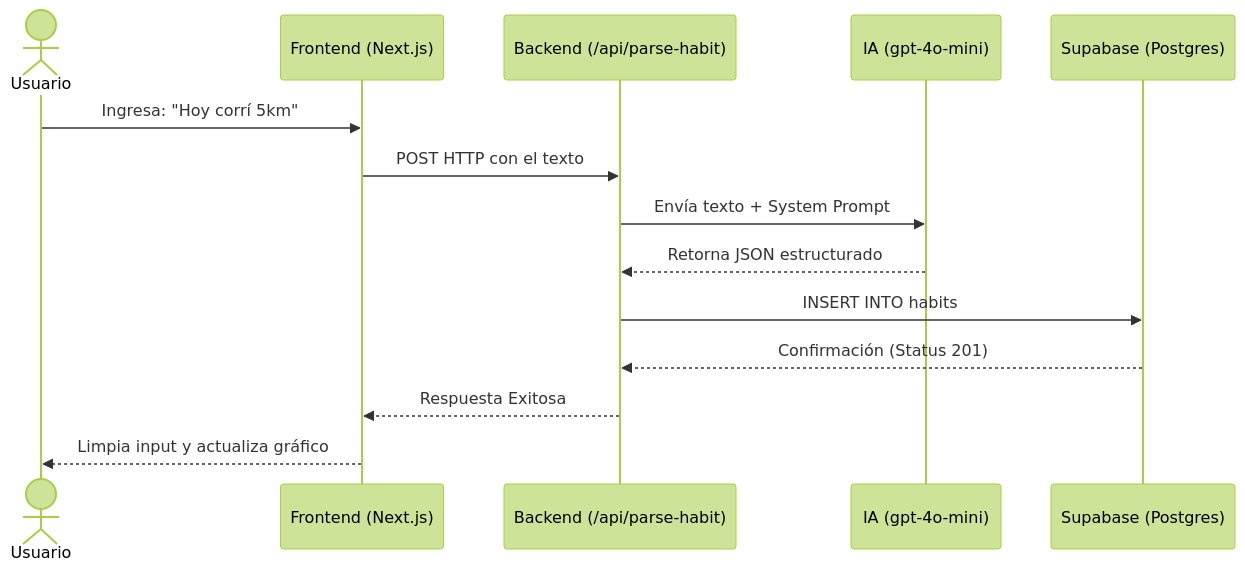
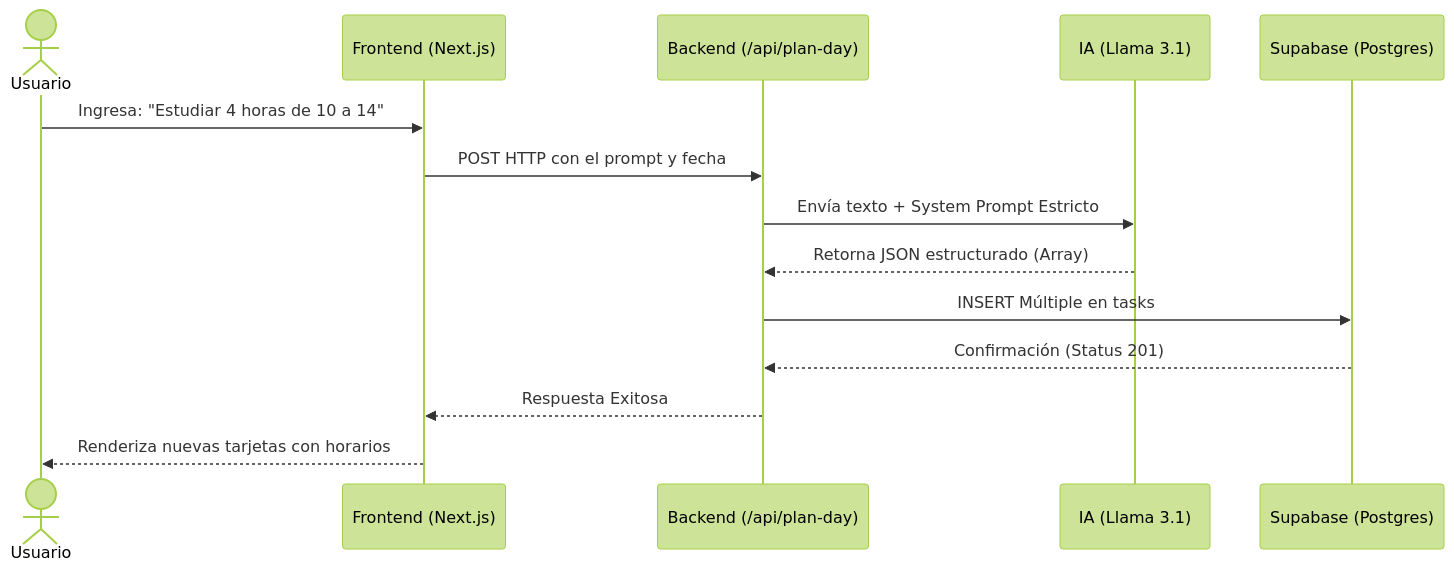
Before and after one commit to lukacha3/smart-habit-tracker: the first of 2 diagrams in README.md, drawn with Mermaid (forest theme). The commit also changed other lines of this file and 20 other files, not shown here.

````diff
--- a/README.md
+++ b/README.md
@@ -20,17 +43,17 @@
 ```mermaid
 sequenceDiagram
     actor Usuario
     participant UI as Frontend (Next.js)
-    participant API as Backend (/api/parse-habit)
-    participant OpenAI as IA (gpt-4o-mini)
+    participant API as Backend (/api/plan-day)
+    participant Groq as IA (Llama 3.1)
     participant BD as Supabase (Postgres)
 
-    Usuario->>UI: Ingresa: "Hoy corrí 5km"
-    UI->>API: POST HTTP con el texto
-    API->>OpenAI: Envía texto + System Prompt
-    OpenAI-->>API: Retorna JSON estructurado
-    API->>BD: INSERT INTO habits
+    Usuario->>UI: Ingresa: "Estudiar 4 horas de 10 a 14"
+    UI->>API: POST HTTP con el prompt y fecha
+    API->>Groq: Envía texto + System Prompt Estricto
+    Groq-->>API: Retorna JSON estructurado (Array)
+    API->>BD: INSERT Múltiple en tasks
     BD-->>API: Confirmación (Status 201)
     API-->>UI: Respuesta Exitosa
-    UI-->>Usuario: Limpia input y actualiza gráfico
+    UI-->>Usuario: Renderiza nuevas tarjetas con horarios
 ```
````
